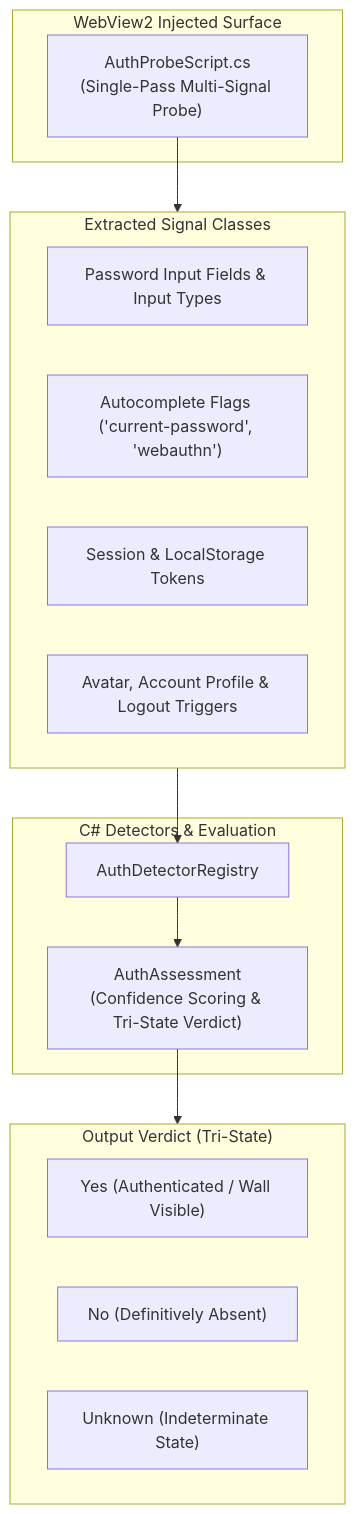
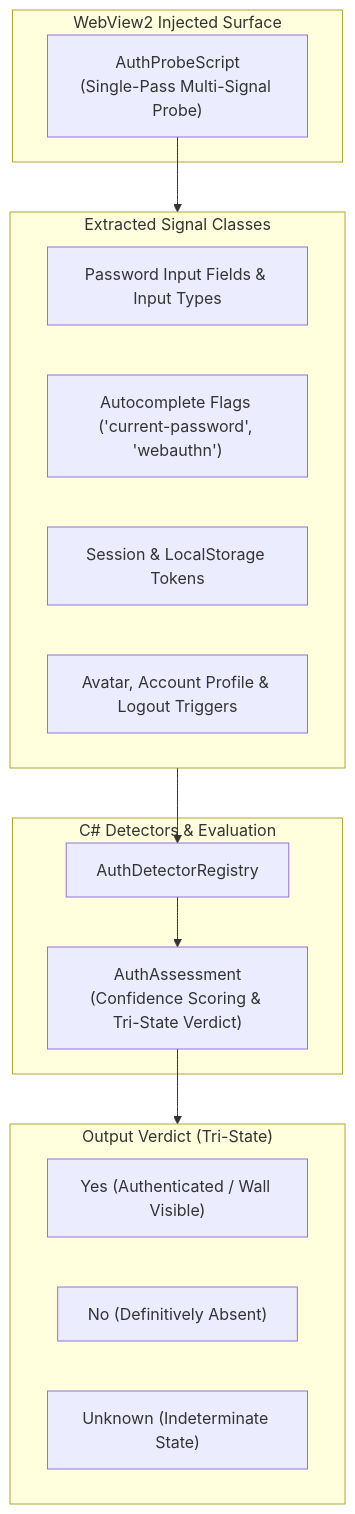
One commit to joelaniol/nova changed the diagram in docs/core-features/auth-surface-detection.md. Above: the diagram before and after it, drawn with Mermaid. The commit also changed other lines of this file and 35 other files, not shown here.

````diff
--- a/docs/core-features/auth-surface-detection.md
+++ b/docs/core-features/auth-surface-detection.md
@@ -23,31 +23,31 @@
 ```mermaid
 flowchart TD
     subgraph BrowserDOM["WebView2 Injected Surface"]
-        Probe["AuthProbeScript.cs
+        Probe["AuthProbeScript
 (Single-Pass Multi-Signal Probe)"]
     end
 
     subgraph SignalExtraction["Extracted Signal Classes"]
         PW["Password Input Fields & Input Types"]
         AC["Autocomplete Flags ('current-password', 'webauthn')"]
         Storage["Session & LocalStorage Tokens"]
         Profile["Avatar, Account Profile & Logout Triggers"]
     end
 
     subgraph EvaluationPipeline["C# Detectors & Evaluation"]
         DetectorReg["AuthDetectorRegistry"]
         Assess["AuthAssessment
 (Confidence Scoring & Tri-State Verdict)"]
     end
 
     subgraph VerdictState["Output Verdict (Tri-State)"]
         Yes["Yes (Authenticated / Wall Visible)"]
         No["No (Definitively Absent)"]
         Unknown["Unknown (Indeterminate State)"]
     end
 
     Probe --> SignalExtraction
     SignalExtraction --> DetectorReg
     DetectorReg --> Assess
     Assess --> VerdictState
 ```
````
